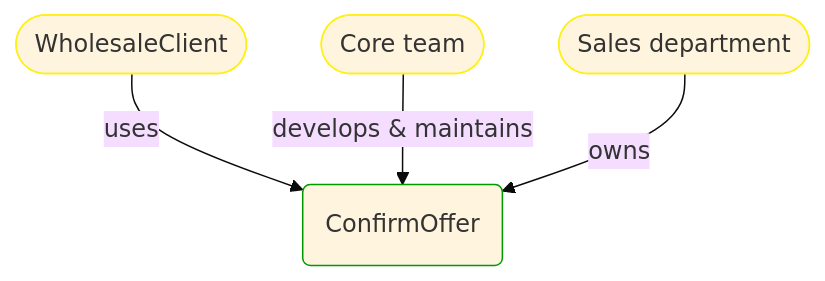
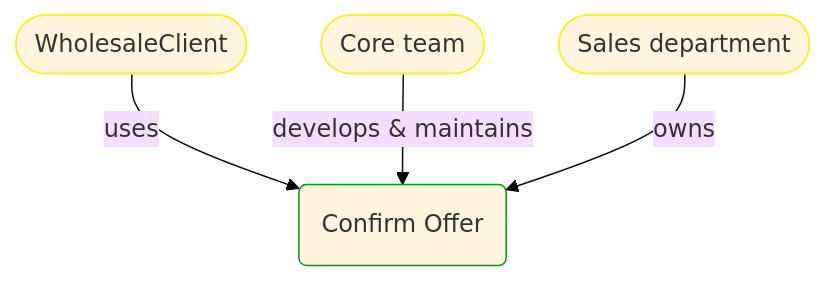
One commit to itlibrium/DDD-starter-dotnet changed the fourth of 4 diagrams in Docs/P3/MermaidOutput/Domain/Concepts/Sales/WholesaleOrdering/OrderPricing/ConfirmOffer.md. Above: the diagram before and after it, drawn with Mermaid (base theme). The commit also changed other lines of this file and 51 other files, not shown here.

````diff
--- a/Docs/P3/MermaidOutput/Domain/Concepts/Sales/WholesaleOrdering/OrderPricing/ConfirmOffer.md
+++ b/Docs/P3/MermaidOutput/Domain/Concepts/Sales/WholesaleOrdering/OrderPricing/ConfirmOffer.md
@@ -91,17 +91,17 @@
 ```mermaid
   flowchart TB
-    0(ConfirmOffer)
+    0(Confirm Offer)
     class 0 DomainPerspective
     1([WholesaleClient])
     class 1 PeoplePerspective
     1-->|uses|0
     2([Core team])
     class 2 PeoplePerspective
     2-->|develops & maintains|0
     3([Sales department])
     class 3 PeoplePerspective
     3-->|owns|0
     classDef DomainPerspective stroke:#009900
     classDef TechnologyPerspective stroke:#1F41EB
     classDef PeoplePerspective stroke:#FFF014
 ```
````
